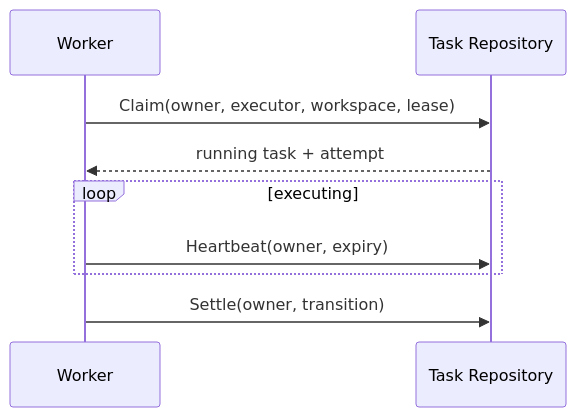
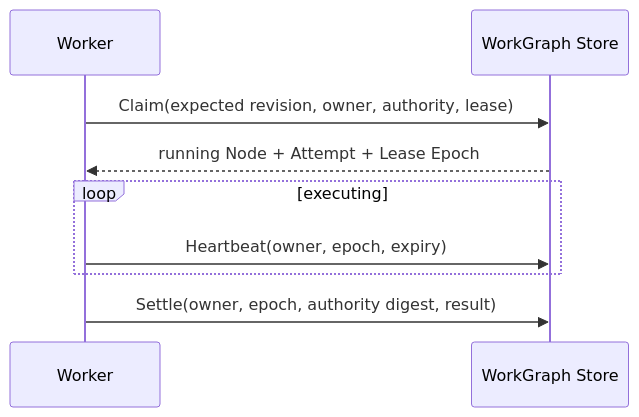
Before and after one commit to fwtllh-png/CodeHelper: the diagram in docs/book/zh-CN/09-task-orchestration/02-lease-heartbeat-retry.md, drawn with Mermaid. The commit also changed other lines of this file and 314 other files, not shown here.

````diff
--- a/docs/book/zh-CN/09-task-orchestration/02-lease-heartbeat-retry.md
+++ b/docs/book/zh-CN/09-task-orchestration/02-lease-heartbeat-retry.md
@@ -35,11 +40,11 @@
 ```mermaid
 sequenceDiagram
     participant W as Worker
-    participant R as Task Repository
-    W->>R: Claim(owner, executor, workspace, lease)
-    R-->>W: running task + attempt
+    participant R as WorkGraph Store
+    W->>R: Claim(expected revision, owner, authority, lease)
+    R-->>W: running Node + Attempt + Lease Epoch
     loop executing
-      W->>R: Heartbeat(owner, expiry)
+      W->>R: Heartbeat(owner, epoch, expiry)
     end
-    W->>R: Settle(owner, transition)
+    W->>R: Settle(owner, epoch, authority digest, result)
 ```
````
